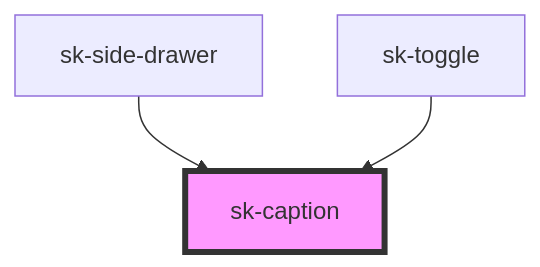
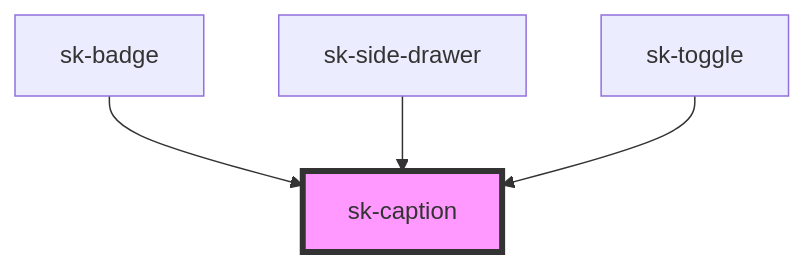
The diagram in web-components-stencil/src/components/sk-caption/readme.md (shincke/sk-toolkit), drawn with Mermaid before and after one commit. The commit also changed other lines of this file and 10 other files, not shown here.

````diff
--- a/web-components-stencil/src/components/sk-caption/readme.md
+++ b/web-components-stencil/src/components/sk-caption/readme.md
@@ -23,6 +24,7 @@
 ```mermaid
 graph TD;
+  sk-badge --> sk-caption
   sk-side-drawer --> sk-caption
   sk-toggle --> sk-caption
   style sk-caption fill:#f9f,stroke:#333,stroke-width:4px
 ```
````
